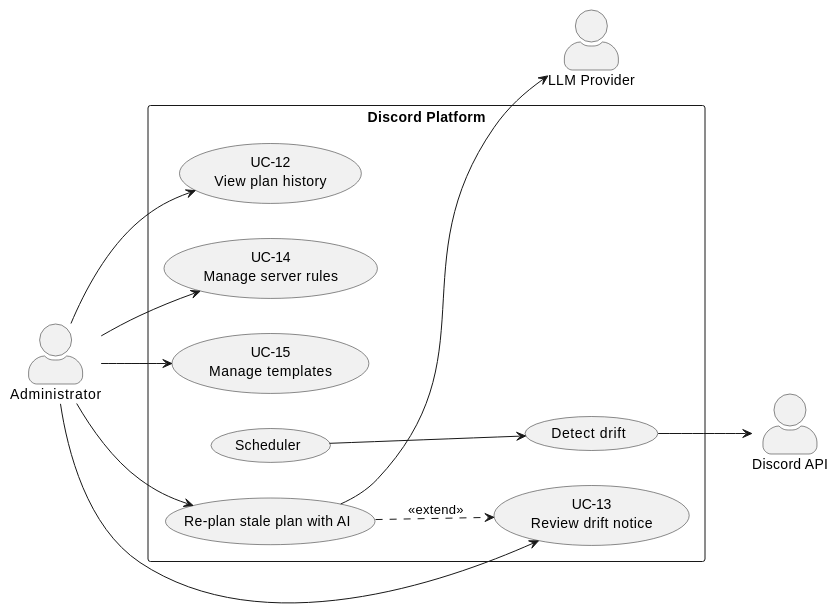
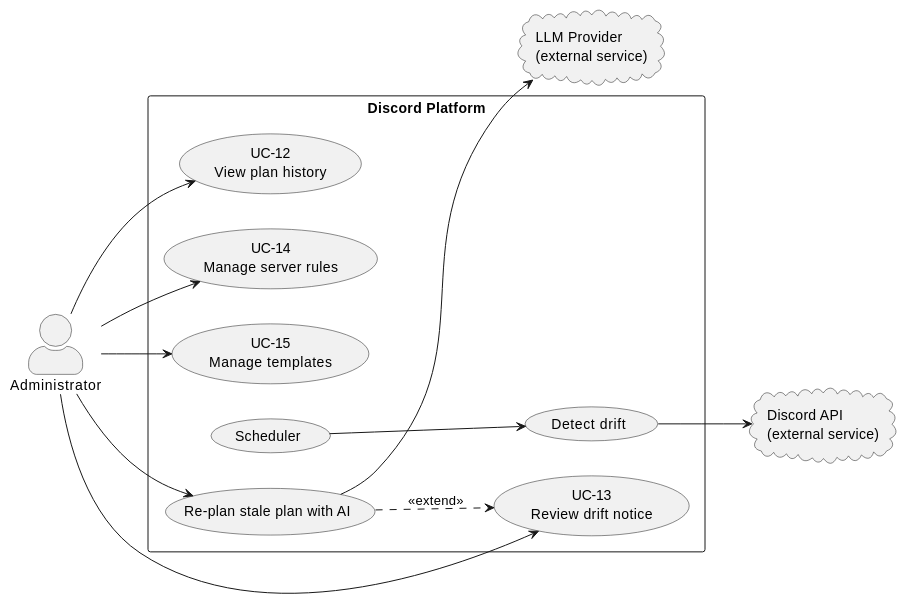
Before and after one commit to segfawlt/finalproject: the third of 3 diagrams in docs/report/03-requirement-analysis.md, drawn with PlantUML. The commit also changed other lines of this file and 53 other files, not shown here.

Commit message:
feat: complete planning flow and project documentation

````diff
--- a/docs/report/03-requirement-analysis.md
+++ b/docs/report/03-requirement-analysis.md
@@ -299,34 +303,34 @@
 ```plantuml
 @startuml
-'| fig-cap: Figure 3.3: Use case diagram — monitoring and management
+'| fig-cap: Figure 3.3: Use case diagram, monitoring and management
 left to right direction
 skinparam packageStyle rectangle
 skinparam actorStyle awesome
 skinparam backgroundColor white
 
 actor "Administrator" as Admin
-actor "Discord API" as Discord
-actor "LLM Provider" as LLM
+cloud "Discord API\n(external service)" as Discord
+cloud "LLM Provider\n(external service)" as LLM
 
 rectangle "Discord Platform" {
   usecase "UC-12\nView plan history" as UC12
   usecase "UC-13\nReview drift notice" as UC13
   usecase "UC-14\nManage server rules" as UC14
   usecase "UC-15\nManage templates" as UC15
   usecase "Scheduler" as Clock
   usecase "Detect drift" as Detect
   usecase "Re-plan stale plan with AI" as Repair
 }
 
 Admin --> UC12
 Admin --> UC13
 Admin --> UC14
 Admin --> UC15
 Admin --> Repair
 
 Clock --> Detect
 Detect --> Discord
 Repair --> LLM
 Repair ..> UC13 : <<extend>>
 @enduml
 ```
````
